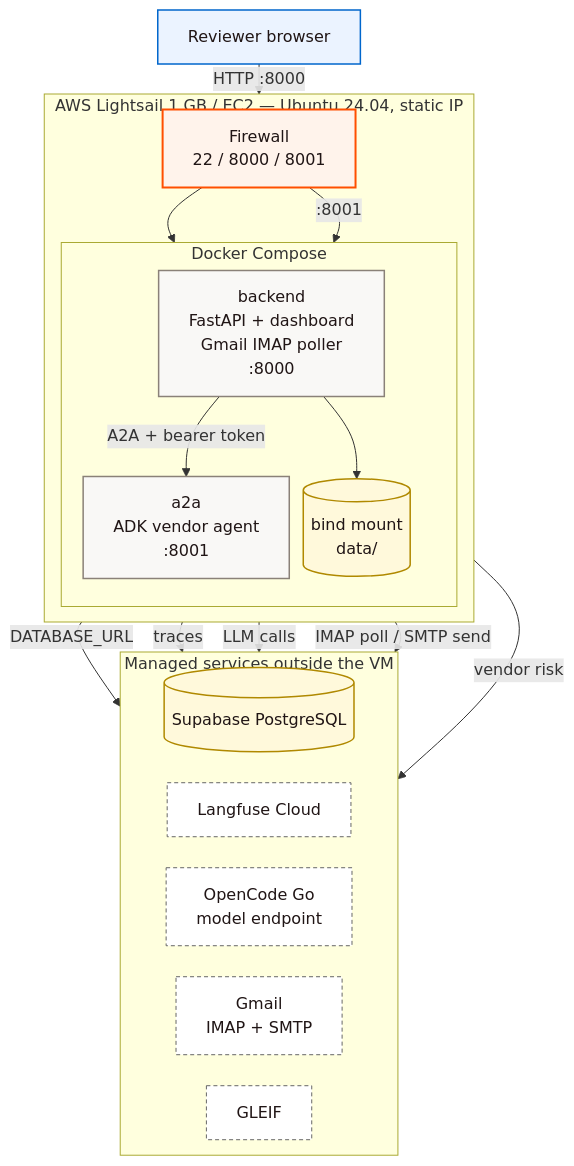
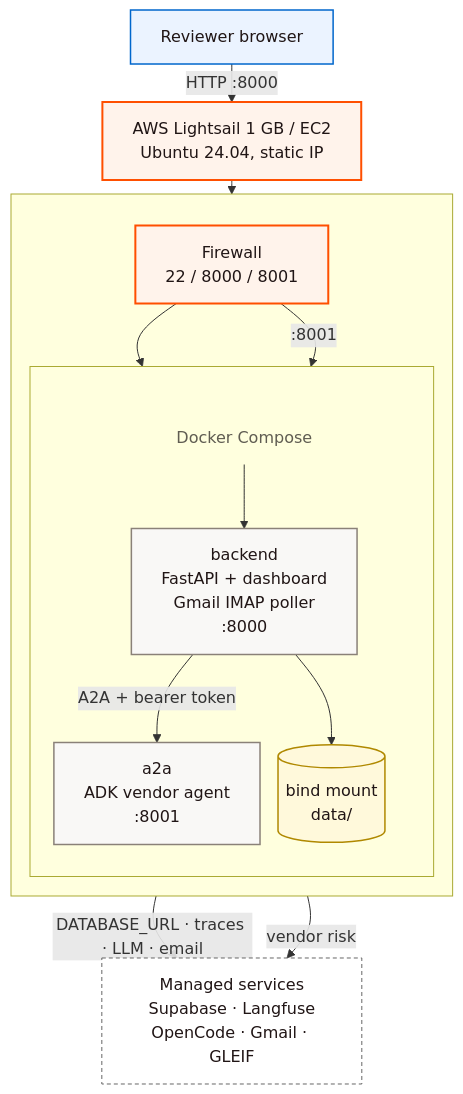
One commit to sjreal/RedLiner changed the diagram in deploy/aws/README.md. Above: the diagram before and after it, drawn with Mermaid. The commit also changed 12 other files, not shown here.

Commit message:
docs: compact diagram layouts and reduce spacing

````diff
--- a/deploy/aws/README.md
+++ b/deploy/aws/README.md
@@ -9,43 +9,36 @@
 ```mermaid
-%%{init: {"flowchart": {"nodeSpacing": 14, "rankSpacing": 6, "diagramPadding": 2, "curve": "basis"}}}%%
+%%{init: {"layout": "dagre", "flowchart": {"nodeSpacing": 18, "rankSpacing": 14, "diagramPadding": 4, "subGraphTitleMargin": {"top": 10, "bottom": 2}, "curve": "basis"}}}%%
 flowchart TD
     classDef user fill:#EBF3FF,stroke:#0066CC,stroke-width:1.5px,color:#201515;
     classDef aws fill:#FFF3EB,stroke:#FF4F00,stroke-width:2px,color:#201515;
     classDef box fill:#F9F8F6,stroke:#8A8178,stroke-width:1.5px,color:#201515;
     classDef store fill:#FFF9DB,stroke:#B08900,stroke-width:1.5px,color:#201515;
     classDef ext fill:#FFFFFF,stroke:#666666,stroke-dasharray: 4 3,color:#201515;
+    classDef groupLabel fill:transparent,stroke:transparent,color:#605D52;
 
     Reviewer["Reviewer browser"]:::user
+    Host["AWS Lightsail 1 GB / EC2<br/>Ubuntu 24.04, static IP"]:::aws
 
-    subgraph AWS["AWS Lightsail 1 GB / EC2 — Ubuntu 24.04, static IP"]
+    subgraph AWS[" "]
         direction TB
         Firewall["Firewall<br/>22 / 8000 / 8001"]:::aws
-        subgraph Compose["Docker Compose"]
+        subgraph Compose[" "]
             direction TB
+            ComposeLabel["Docker Compose"]:::groupLabel
             Backend["backend<br/>FastAPI + dashboard<br/>Gmail IMAP poller<br/>:8000"]:::box
             A2A["a2a<br/>ADK vendor agent<br/>:8001"]:::box
             Data[("bind mount<br/>data/")]:::store
         end
     end
 
-    subgraph SaaS["Managed services outside the VM"]
-        direction TB
-        Supabase[("Supabase PostgreSQL")]:::store
-        Langfuse["Langfuse Cloud"]:::ext
-        OpenCode["OpenCode Go<br/>model endpoint"]:::ext
-        Gmail["Gmail<br/>IMAP + SMTP"]:::ext
-        OSINT["GLEIF"]:::ext
-        Supabase ~~~ Langfuse ~~~ OpenCode ~~~ Gmail ~~~ OSINT
-    end
+    Managed["Managed services<br/>Supabase · Langfuse<br/>OpenCode · Gmail · GLEIF"]:::ext
 
-    Reviewer -->|HTTP :8000| Firewall
+    Reviewer -->|HTTP :8000| Host --> Firewall
     Firewall --> Backend
+    ComposeLabel --> Backend
     Firewall -->|:8001| A2A
     Backend -->|A2A + bearer token| A2A
-    Backend -->|DATABASE_URL| Supabase
-    Backend -->|traces| Langfuse
-    Backend -->|LLM calls| OpenCode
-    Backend -->|IMAP poll / SMTP send| Gmail
-    A2A -->|vendor risk| OSINT
+    Backend -->|DATABASE_URL · traces · LLM · email| Managed
+    A2A -->|vendor risk| Managed
     Backend --> Data
 ```
````
